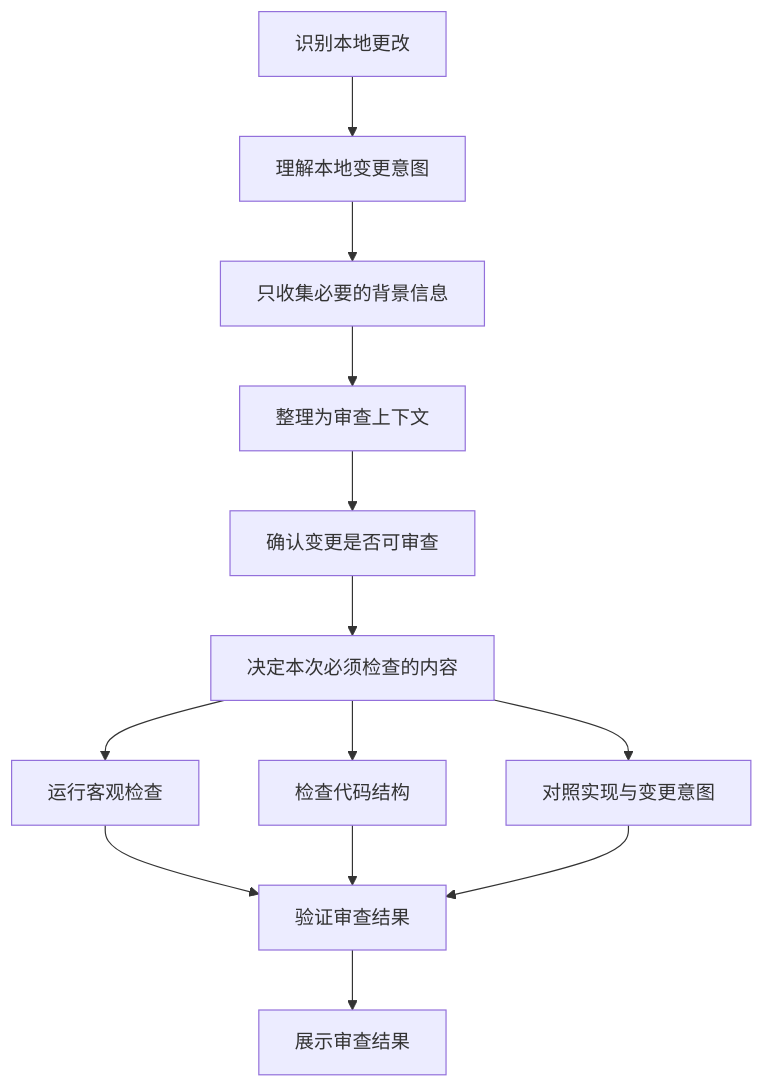
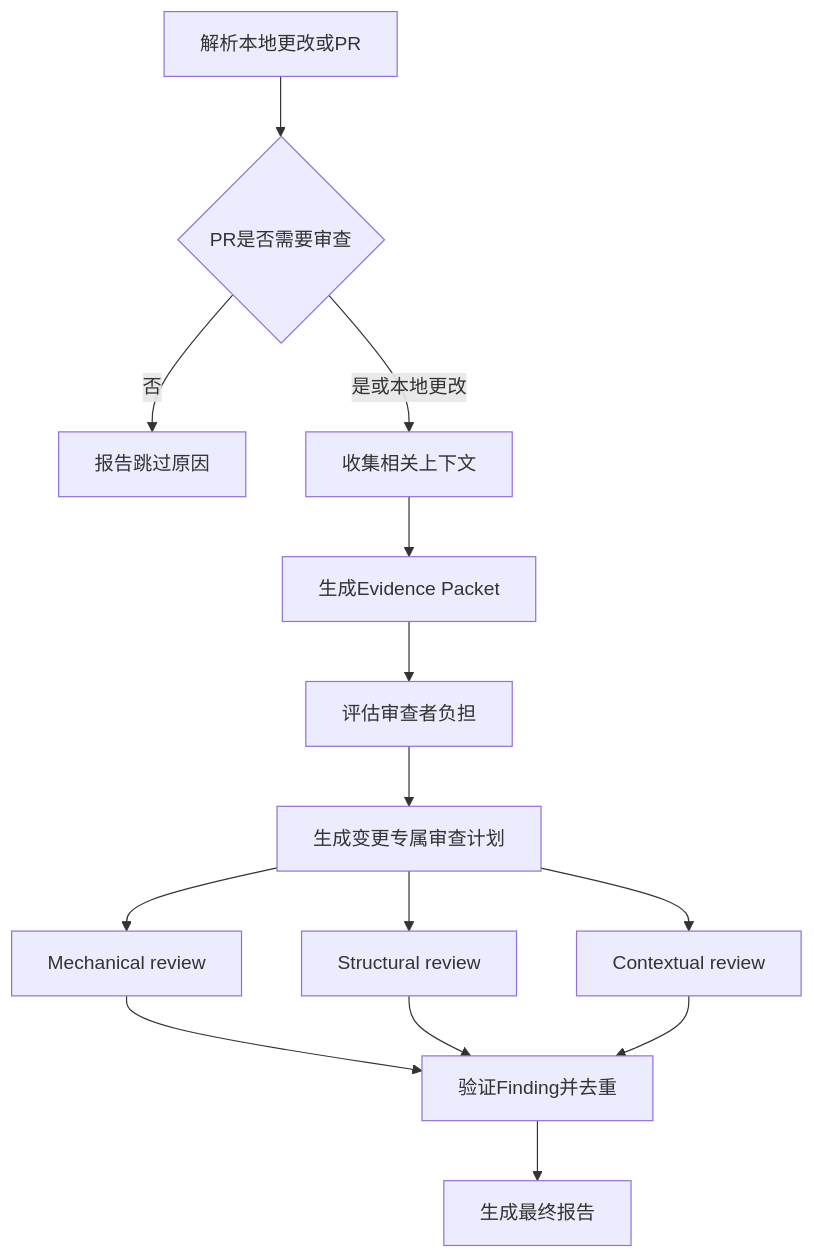
One commit to takuto-san/review changed the diagram in README.zh-CN.md. Above: the diagram before and after it, drawn with Mermaid. The commit also changed other lines of this file and 16 other files, not shown here.

````diff
--- a/README.zh-CN.md
+++ b/README.zh-CN.md
@@ -23,17 +324,16 @@
 ```mermaid
 flowchart TD
-    A[识别本地更改] --> B[理解本地变更意图]
-    B --> C[只收集必要的背景信息]
-    C --> D[整理为审查上下文]
-    D --> E[确认变更是否可审查]
-    E --> F[决定本次必须检查的内容]
-
-    F --> G1[运行客观检查]
-    F --> G2[检查代码结构]
-    F --> G3[对照实现与变更意图]
-
-    G1 --> H[验证审查结果]
+    A[解析本地更改或PR] --> B{PR是否需要审查}
+    B -->|否| X[报告跳过原因]
+    B -->|是或本地更改| C[收集相关上下文]
+    C --> D[生成Evidence Packet]
+    D --> E[评估审查者负担]
+    E --> F[生成变更专属审查计划]
+    F --> G1[Mechanical review]
+    F --> G2[Structural review]
+    F --> G3[Contextual review]
+    G1 --> H[验证Finding并去重]
     G2 --> H
     G3 --> H
-    H --> I[展示审查结果]
+    H --> I[生成最终报告]
 ```
````
